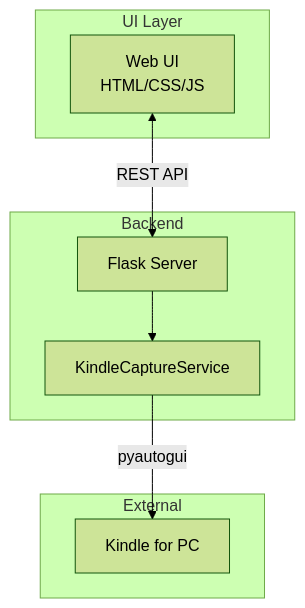
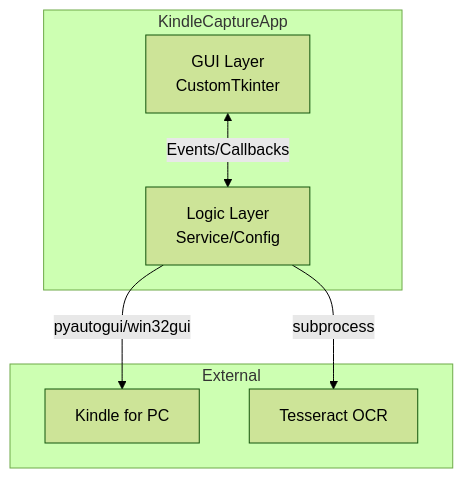
One commit to monokuma201607/kindle-to-pdf changed the first of 2 diagrams in docs/02_functional_specification.md. Above: the diagram before and after it, drawn with Mermaid (forest theme). The commit also changed other lines of this file and 4 other files, not shown here.

````diff
--- a/docs/02_functional_specification.md
+++ b/docs/02_functional_specification.md
@@ -16,16 +16,14 @@
 ```mermaid
 graph TB
-    subgraph UI Layer
-        A[Web UI<br>HTML/CSS/JS]
-    end
-    subgraph Backend
-        B[Flask Server]
-        C[KindleCaptureService]
+    subgraph KindleCaptureApp
+        A[GUI Layer<br>CustomTkinter]
+        B[Logic Layer<br>Service/Config]
     end
     subgraph External
-        D[Kindle for PC]
+        C[Kindle for PC]
+        D[Tesseract OCR]
     end
-    A <--> |REST API| B
-    B --> C
-    C --> |pyautogui| D
+    A <--> |Events/Callbacks| B
+    B --> |pyautogui/win32gui| C
+    B --> |subprocess| D
 ```
````
